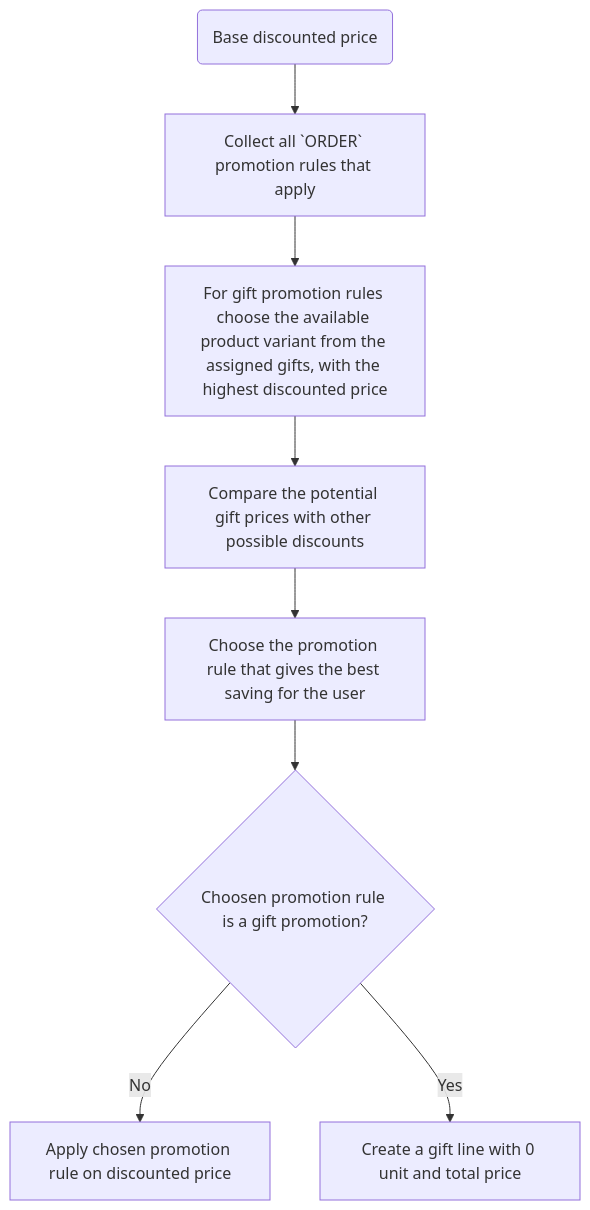
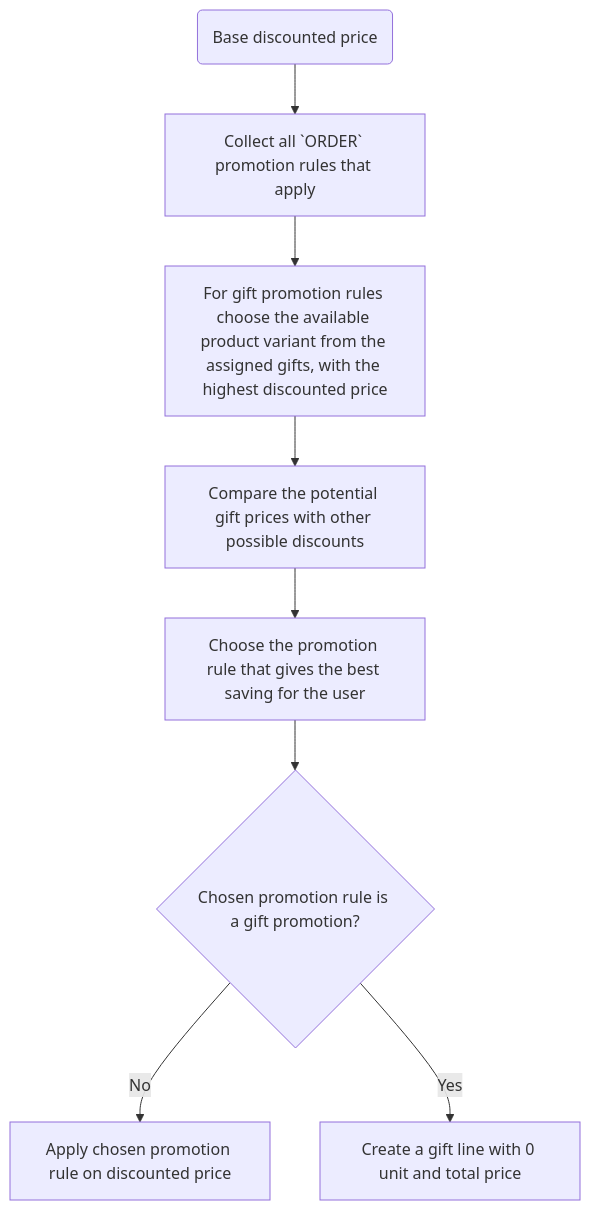
Before and after one commit to saleor/saleor-docs: the second of 2 diagrams in versioned_docs/version-3.x/developer/discounts/promotions.mdx, drawn with Mermaid. The commit also changed other lines of this file and 19 other files, not shown here.

````diff
--- a/versioned_docs/version-3.x/developer/discounts/promotions.mdx
+++ b/versioned_docs/version-3.x/developer/discounts/promotions.mdx
@@ -1381,10 +1381,10 @@
 ```mermaid
 graph TD
     A(Base discounted price) --> B[Collect all `ORDER` promotion rules that apply]
     B --> C[For gift promotion rules choose the available product variant from the assigned gifts, with the highest discounted price]
     C --> E[Compare the potential gift prices with other possible discounts]
     E --> F[Choose the promotion rule that gives the best saving for the user]
-    F --> G{Choosen promotion rule is a gift promotion?}
+    F --> G{Chosen promotion rule is a gift promotion?}
     G -->|No| D[Apply chosen promotion rule on discounted price]
     G -->|Yes| H[Create a gift line with 0 unit and total price]
 ```
````
